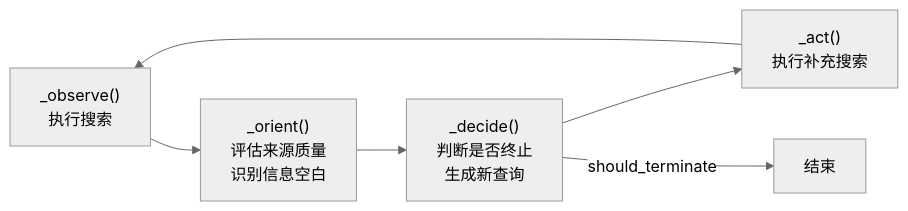
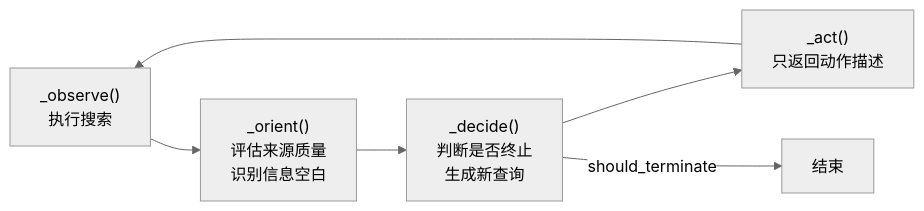
One commit to lzptouch/agent-platform changed the second of 3 diagrams in doc/analysis/07_DeepResearch链路.md. Above: the diagram before and after it, drawn with Mermaid (neutral theme). The commit also changed other lines of this file and 514 other files, not shown here.

````diff
--- a/doc/analysis/07_DeepResearch链路.md
+++ b/doc/analysis/07_DeepResearch链路.md
@@ -77,8 +80,8 @@
 ```mermaid
 flowchart LR
     O["_observe()<br/>执行搜索"] --> OR["_orient()<br/>评估来源质量<br/>识别信息空白"]
     OR --> D["_decide()<br/>判断是否终止<br/>生成新查询"]
-    D --> A["_act()<br/>执行补充搜索"]
+    D --> A["_act()<br/>只返回动作描述"]
     A --> O
     D -->|should_terminate| E["结束"]
 ```
````
